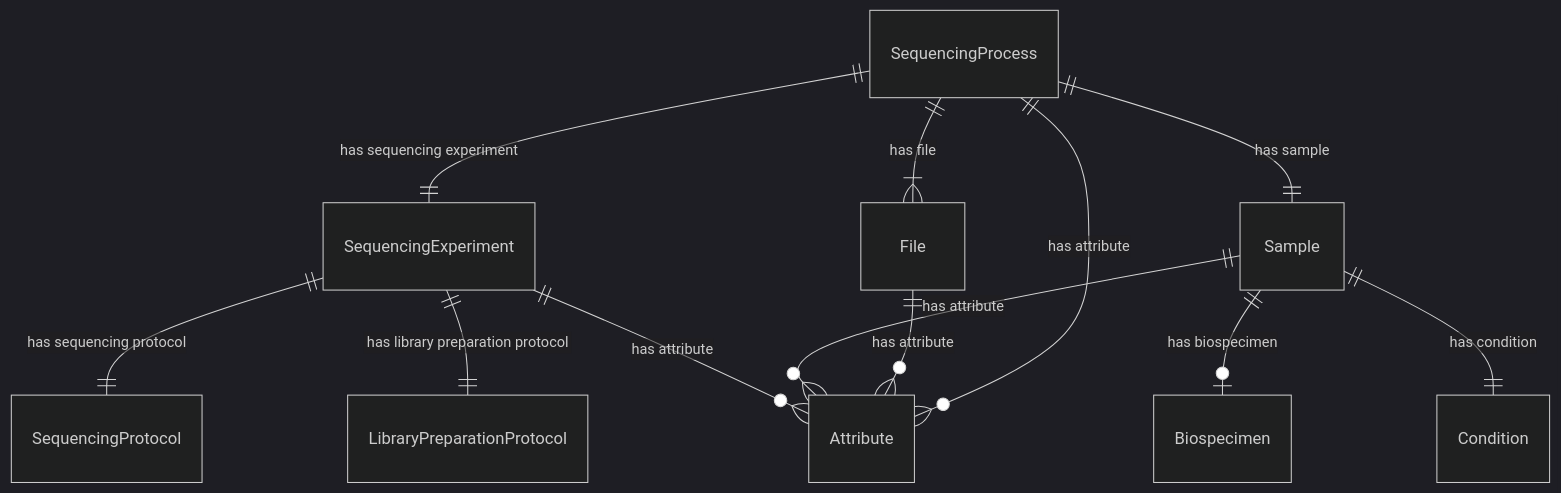
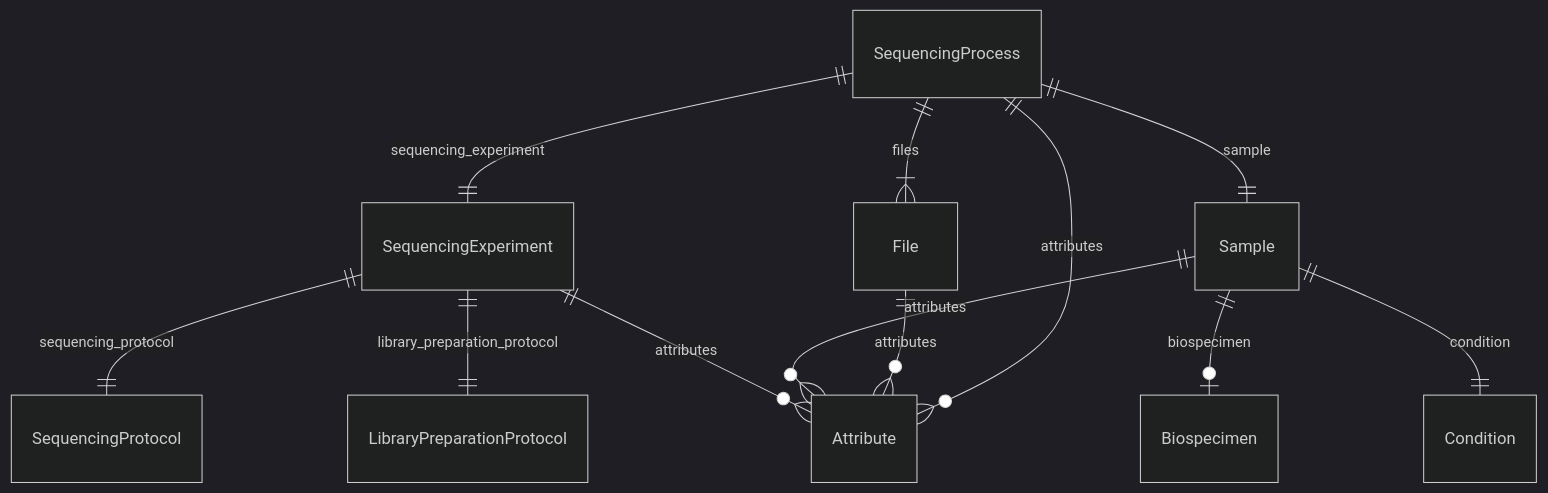
Before and after one commit to ghga-de/ghga-metadata-schema: the third of 7 diagrams in docs/entity_relations.md, drawn with Mermaid (dark theme). The commit also changed other lines of this file and 590 other files, not shown here.

````diff
--- a/docs/entity_relations.md
+++ b/docs/entity_relations.md
@@ -178,28 +172,28 @@
 ```mermaid
 erDiagram
 SequencingProcess {
 
 }
 File {
 
 }
 Sample {
 
 }
 SequencingExperiment {
 
 }
 
-SequencingProcess ||--}| File : "has file"
-SequencingProcess ||--|| SequencingExperiment : "has sequencing experiment"
-SequencingProcess ||--|| Sample : "has sample"
-SequencingProcess ||--}o Attribute : "has attribute"
-File ||--}o Attribute : "has attribute"
-Sample ||--|o Biospecimen : "has biospecimen"
-Sample ||--|| Condition : "has condition"
-Sample ||--}o Attribute : "has attribute"
-SequencingExperiment ||--|| SequencingProtocol : "has sequencing protocol"
-SequencingExperiment ||--|| LibraryPreparationProtocol : "has library preparation protocol"
-SequencingExperiment ||--}o Attribute : "has attribute"
+SequencingProcess ||--}| File : "files"
+SequencingProcess ||--|| SequencingExperiment : "sequencing_experiment"
+SequencingProcess ||--|| Sample : "sample"
+SequencingProcess ||--}o Attribute : "attributes"
+File ||--}o Attribute : "attributes"
+Sample ||--|o Biospecimen : "biospecimen"
+Sample ||--|| Condition : "condition"
+Sample ||--}o Attribute : "attributes"
+SequencingExperiment ||--|| SequencingProtocol : "sequencing_protocol"
+SequencingExperiment ||--|| LibraryPreparationProtocol : "library_preparation_protocol"
+SequencingExperiment ||--}o Attribute : "attributes"
 
 ```
````
